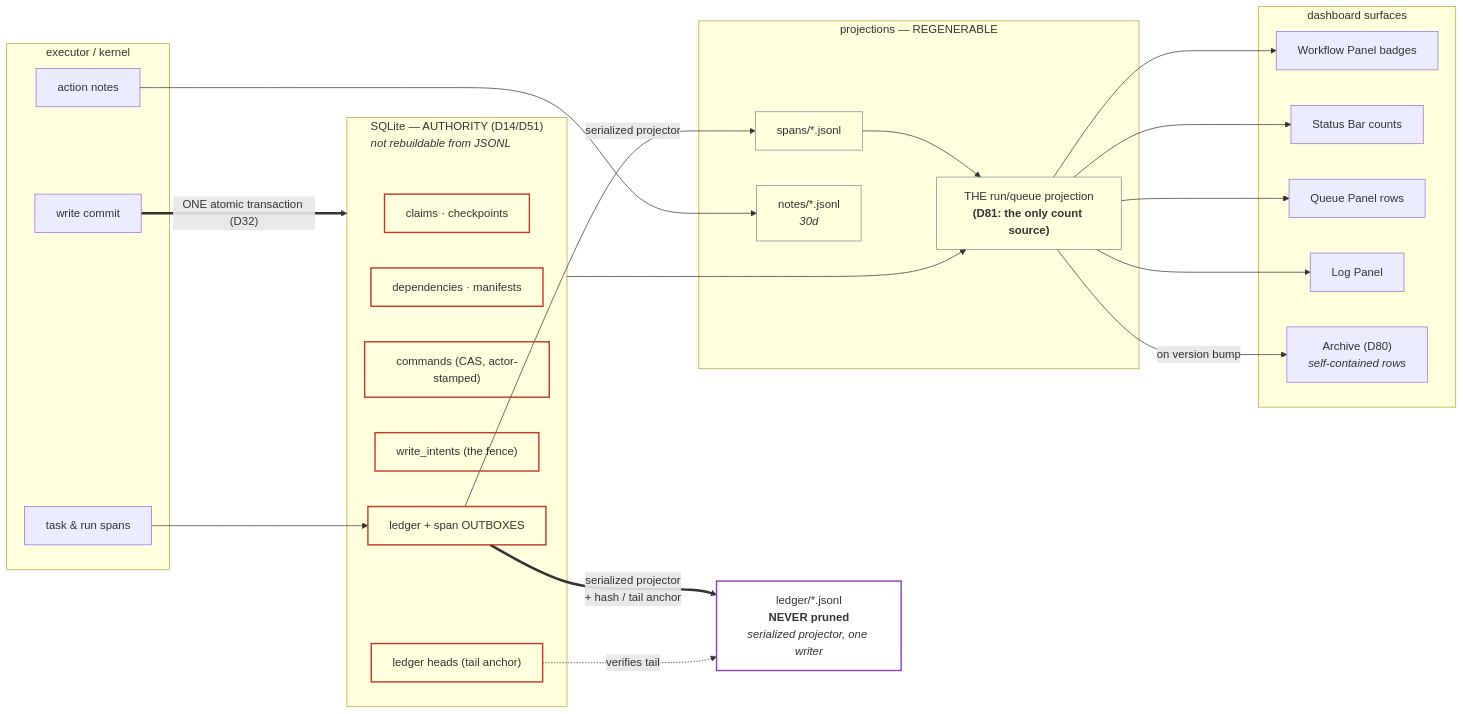
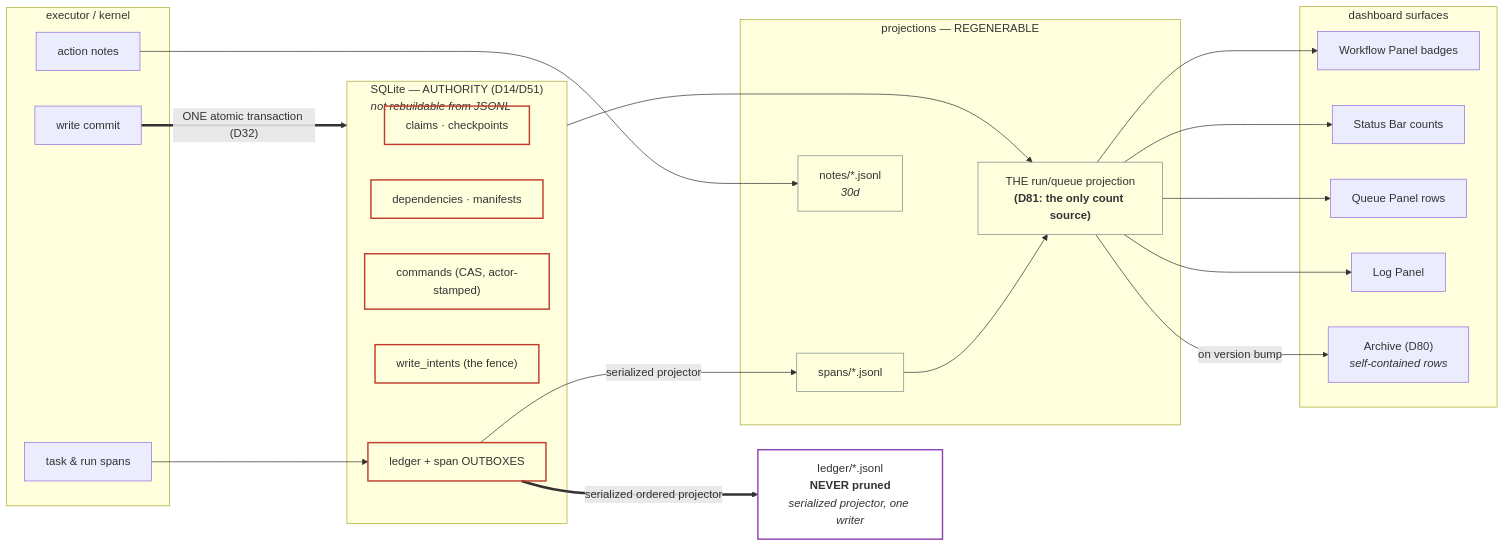
The diagram in docs/rebuild/03-tracker-dashboard.md (julianthant/hr-automation), drawn with Mermaid before and after one commit. The commit also changed other lines of this file and 9 other files, not shown here.

````diff
--- a/docs/rebuild/03-tracker-dashboard.md
+++ b/docs/rebuild/03-tracker-dashboard.md
@@ -276,52 +275,50 @@
 ```mermaid
 flowchart LR
   subgraph EX["executor / kernel"]
     T["task &amp; run spans"]
     N["action notes"]
     W["write commit"]
   end
 
   subgraph AUTH["SQLite — AUTHORITY (D14/D51)<br/><i>not rebuildable from JSONL</i>"]
     CL["claims · checkpoints"]
     DEP["dependencies · manifests"]
     CMD["commands (CAS, actor-stamped)"]
     WI["write_intents (the fence)"]
     OB["ledger + span OUTBOXES"]
-    LH["ledger heads (tail anchor)"]
   end
 
   subgraph PROJ["projections — REGENERABLE"]
     SJ["spans/*.jsonl"]
     NJ["notes/*.jsonl<br/><i>30d</i>"]
     RM["THE run/queue projection<br/><b>(D81: the only count source)</b>"]
   end
 
   LED["ledger/*.jsonl<br/><b>NEVER pruned</b><br/><i>serialized projector, one writer</i>"]
 
   subgraph UI["dashboard surfaces"]
     WP["Workflow Panel badges"]
     SB["Status Bar counts"]
     QP["Queue Panel rows"]
     LP["Log Panel"]
     AR["Archive (D80)<br/><i>self-contained rows</i>"]
   end
 
   W ==>|"ONE atomic transaction (D32)"| AUTH
   T --> OB
   N --> NJ
   OB -->|"serialized projector"| SJ
-  OB ==>|"serialized projector<br/>+ hash / tail anchor"| LED
-  LH -.->|verifies tail| LED
+  OB ==>|"serialized ordered projector"| LED
   AUTH --> RM
   SJ --> RM
   RM --> WP & SB & QP
   RM --> LP
   RM -->|"on version bump"| AR
 
   classDef auth stroke:#c0392b,stroke-width:2px,fill:#00000000;
   classDef proj stroke:#7f8c8d,fill:#00000000;
   classDef ledger stroke:#8e44ad,stroke-width:2px,fill:#00000000;
-  class CL,DEP,CMD,WI,OB,LH auth;
+  class CL,DEP,CMD,WI,OB auth;
   class SJ,NJ,RM proj;
   class LED ledger;
 ```
````
